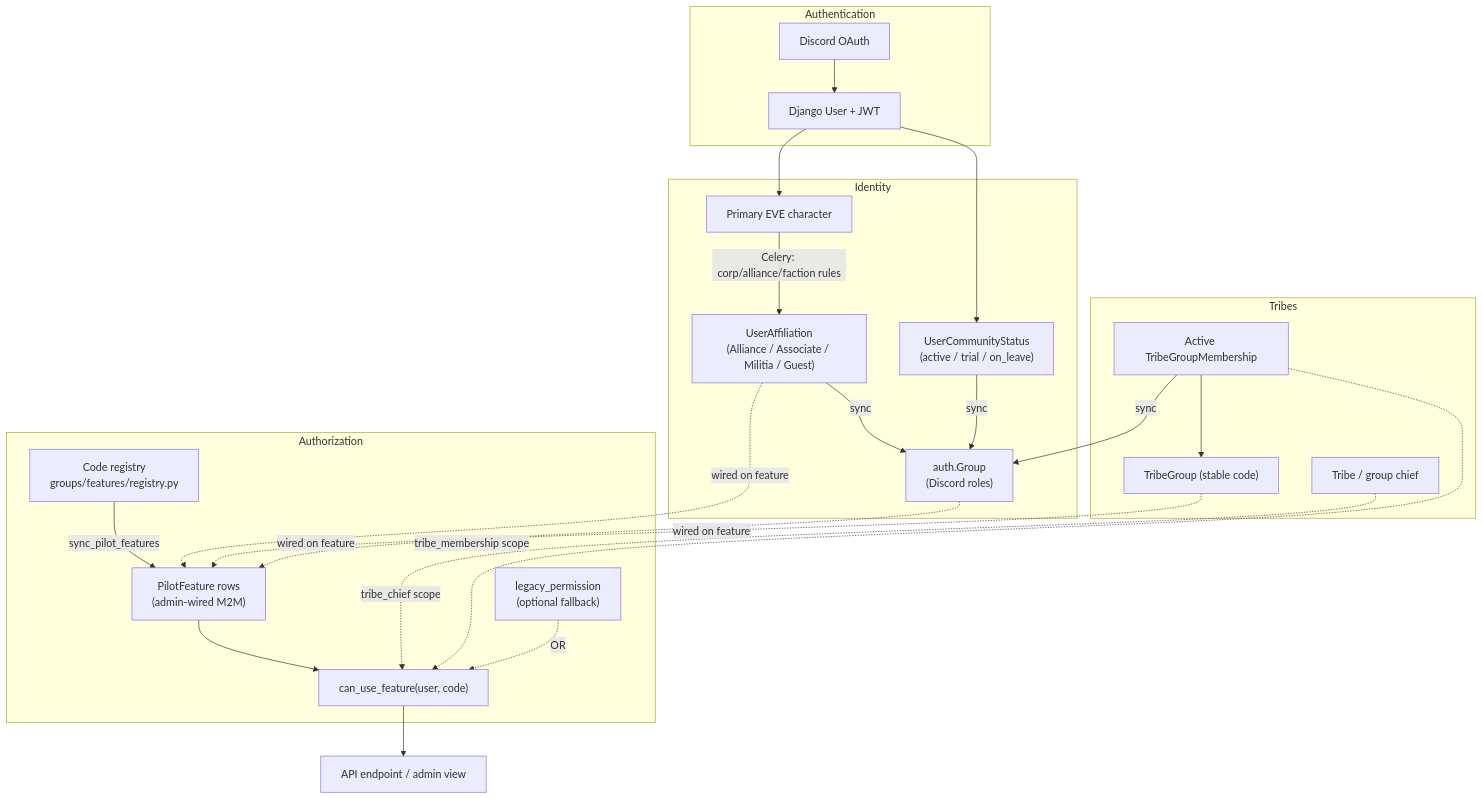
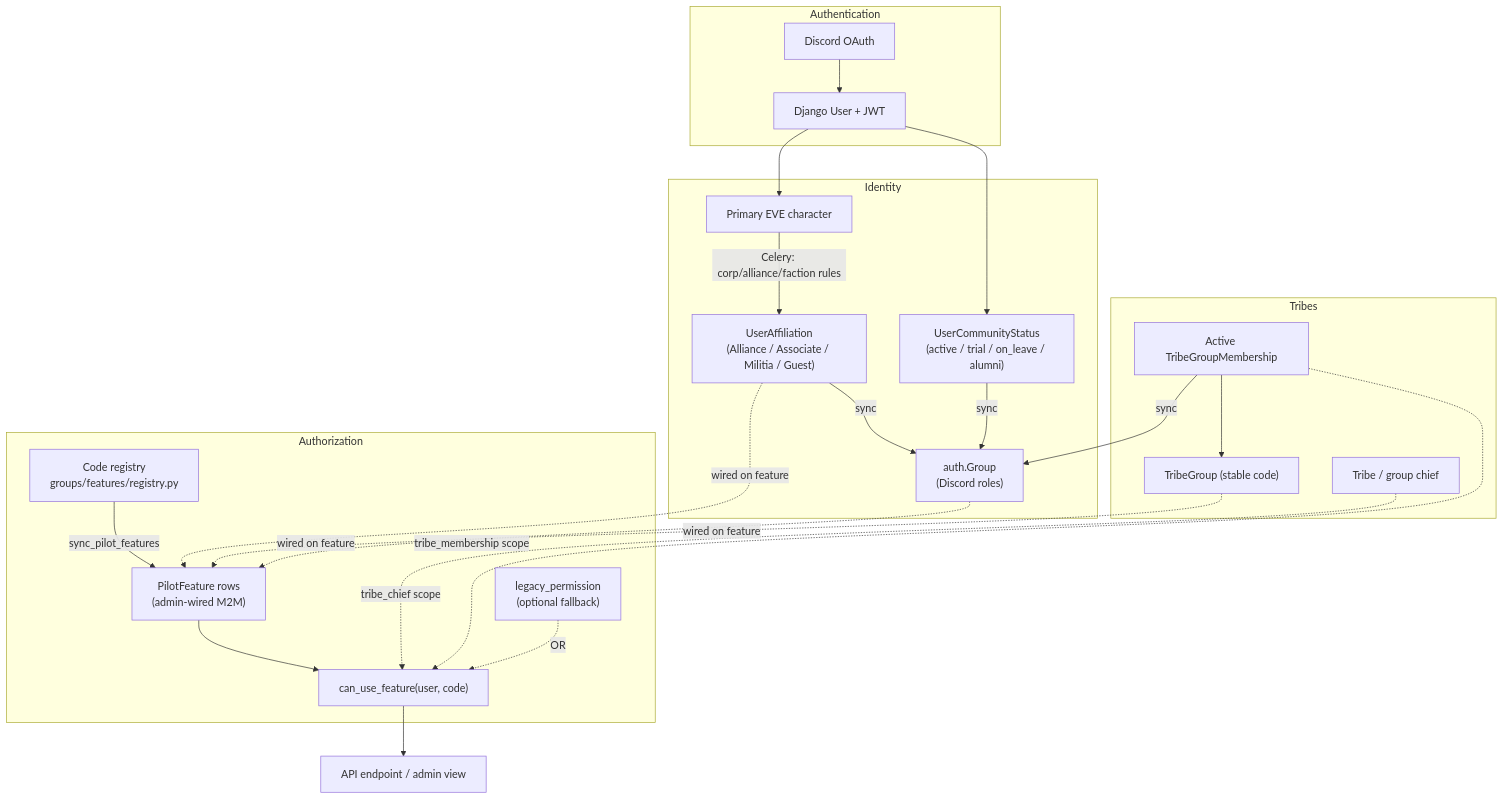
Before and after one commit to minmatarfleet/minmatar.org: the diagram in docs/auth/README.md, drawn with Mermaid. The commit also changed 35 other files, not shown here.

First line of the commit message:
Add Alumni community status (#3214)

````diff
--- a/docs/auth/README.md
+++ b/docs/auth/README.md
@@ -26,35 +26,35 @@
 ```mermaid
 flowchart TD
     subgraph authn [Authentication]
         Discord[Discord OAuth] --> DjangoUser[Django User + JWT]
     end
 
     subgraph identity [Identity]
         DjangoUser --> Primary[Primary EVE character]
         Primary -->|Celery: corp/alliance/faction rules| Affiliation["UserAffiliation<br/>(Alliance / Associate / Militia / Guest)"]
-        DjangoUser --> Status["UserCommunityStatus<br/>(active / trial / on_leave)"]
+        DjangoUser --> Status["UserCommunityStatus<br/>(active / trial / on_leave / alumni)"]
         Affiliation -->|sync| AuthGroups["auth.Group<br/>(Discord roles)"]
         Status -->|sync| AuthGroups
     end
 
     subgraph tribesLayer [Tribes]
         TribeGroup["TribeGroup (stable code)"]
         Membership[Active TribeGroupMembership]
         Chief[Tribe / group chief]
         Membership --> TribeGroup
         Membership -->|sync| AuthGroups
     end
 
     subgraph authz [Authorization]
         Registry["Code registry<br/>groups/features/registry.py"] -->|sync_pilot_features| PF["PilotFeature rows<br/>(admin-wired M2M)"]
         Affiliation -.->|wired on feature| PF
         TribeGroup -.->|wired on feature| PF
         AuthGroups -.->|wired on feature| PF
         PF --> Eval["can_use_feature(user, code)"]
         Chief -.->|tribe_chief scope| Eval
         Membership -.->|tribe_membership scope| Eval
         LegacyPerm["legacy_permission<br/>(optional fallback)"] -.->|OR| Eval
     end
 
     Eval --> Endpoint[API endpoint / admin view]
 ```
````
